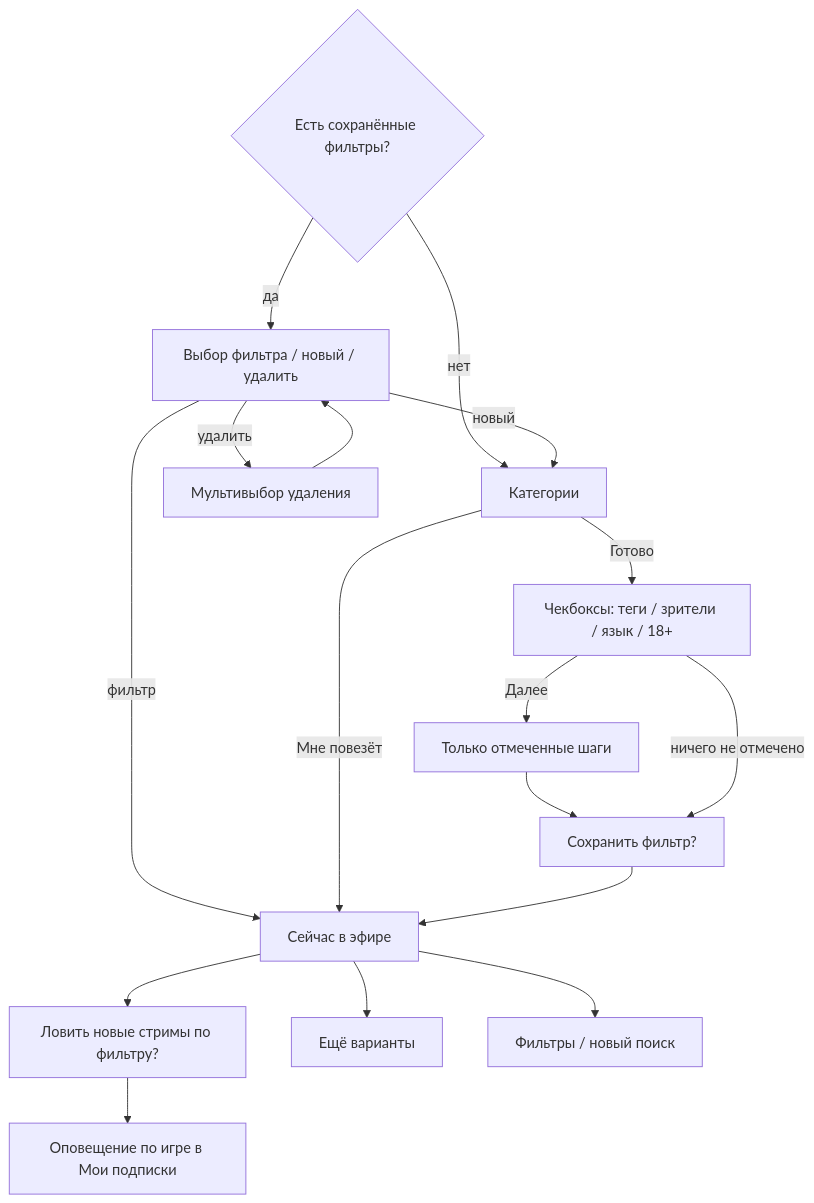
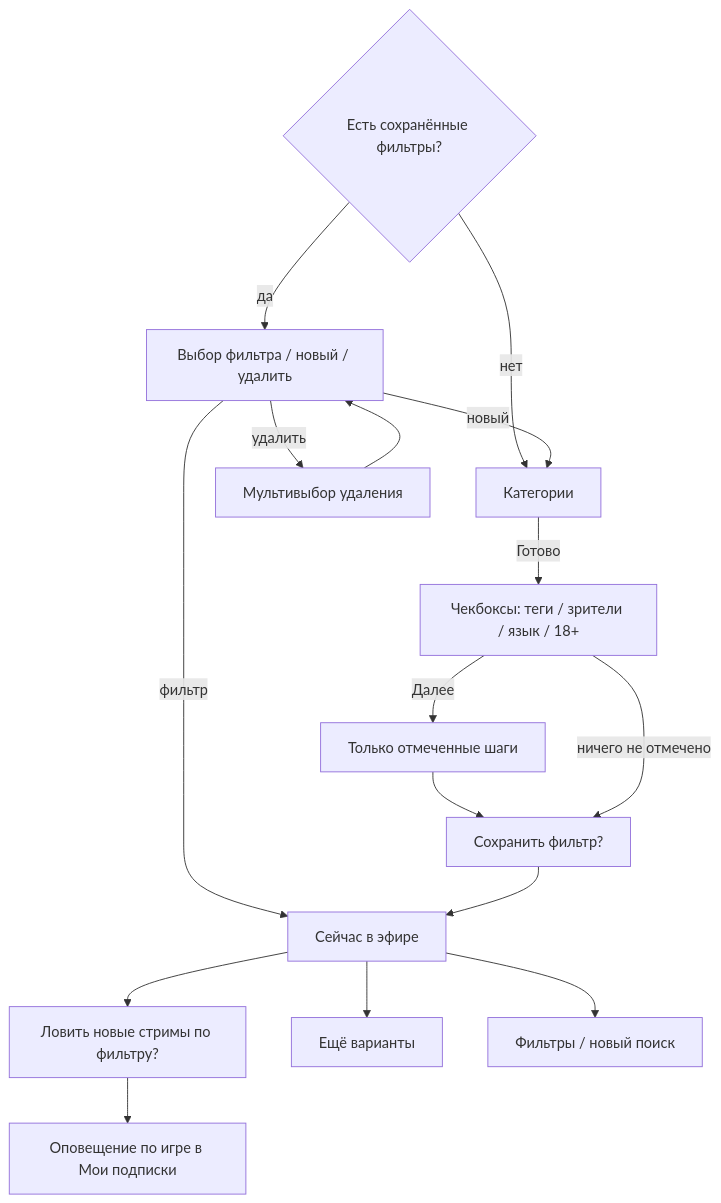
The third of 3 diagrams in docs/user-flow-map.ru.md (Marfa/twitch-telegram-bot), drawn with Mermaid before and after one commit. The commit also changed other lines of this file and 17 other files, not shown here.

````diff
--- a/docs/user-flow-map.ru.md
+++ b/docs/user-flow-map.ru.md
@@ -321,20 +329,19 @@
 ```mermaid
 flowchart TD
   P{Есть сохранённые фильтры?}
   P -->|да| PICK["Выбор фильтра / новый / удалить"]
   P -->|нет| W1
   PICK -->|фильтр| RES["Сейчас в эфире"]
   PICK -->|новый| W1["Категории"]
   PICK -->|удалить| DEL["Мультивыбор удаления"]
   DEL --> PICK
-  W1 -->|Мне повезёт| RES
   W1 -->|Готово| FILT["Чекбоксы: теги / зрители / язык / 18+"]
   FILT -->|Далее| DET["Только отмеченные шаги"]
   DET --> SAVE["Сохранить фильтр?"]
   FILT -->|ничего не отмечено| SAVE
   SAVE --> RES
   RES --> CATCH["Ловить новые стримы по фильтру?"]
   RES --> AGAIN["Ещё варианты"]
   RES --> CHG["Фильтры / новый поиск"]
   CATCH --> LIVE["Оповещение по игре в Мои подписки"]
 ```
````
